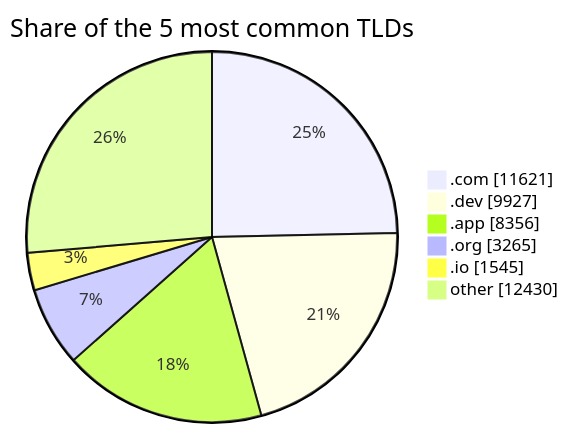
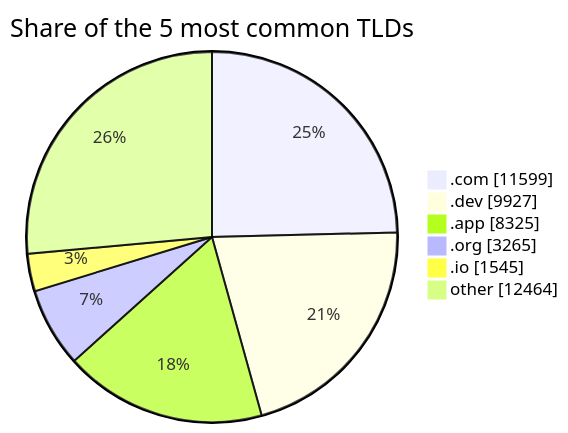
Before and after one commit to DNSBunker/CTI: the third of 3 diagrams in README.md, drawn with Mermaid. The commit also changed other lines of this file and 3 other files, not shown here.

````diff
--- a/README.md
+++ b/README.md
@@ -81,9 +81,9 @@
 ```mermaid
 pie showData title Share of the 5 most common TLDs
-    ".com" : 11621
+    ".com" : 11599
     ".dev" : 9927
-    ".app" : 8356
+    ".app" : 8325
     ".org" : 3265
     ".io" : 1545
-    "other" : 12430
+    "other" : 12464
 ```
````
